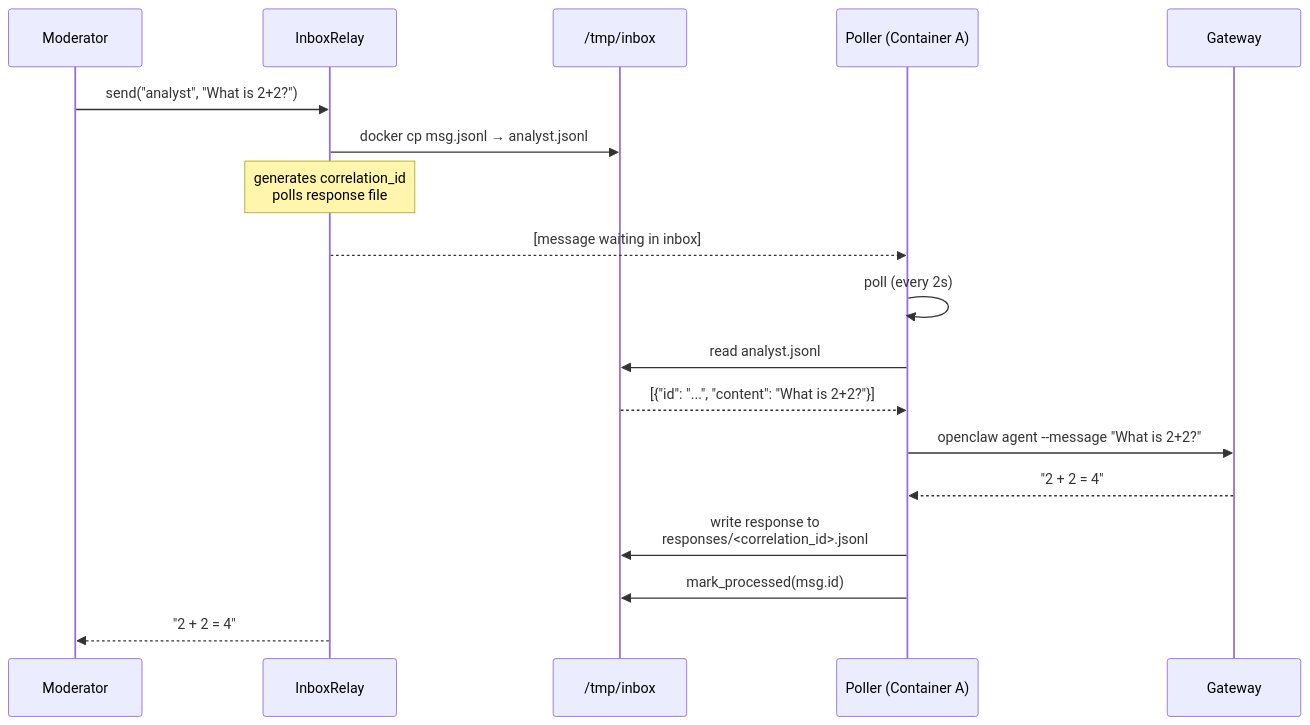
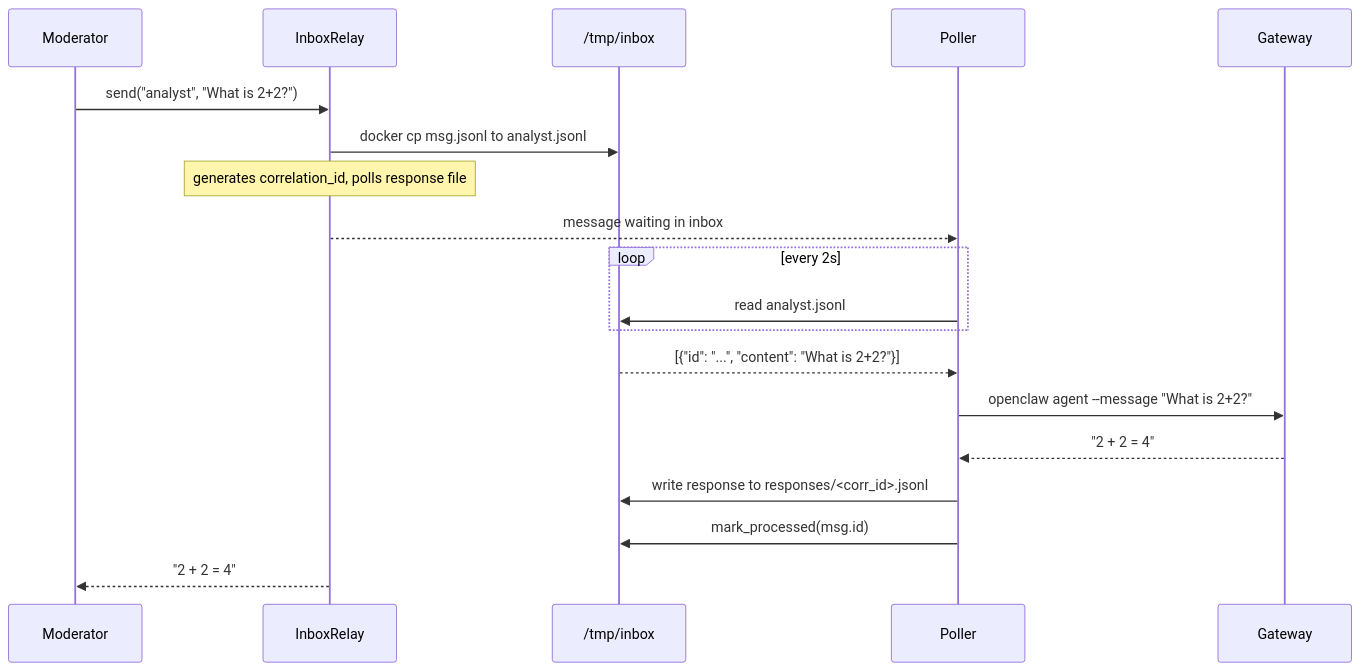
The second of 6 diagrams in specs/005_relay_inbox_diagrams.md (wangsen992/agentia), drawn with Mermaid before and after one commit. The commit also changed other lines of this file, not shown here.

Commit message:
Fix Mermaid diagrams for GitHub compatibility

````diff
--- a/specs/005_relay_inbox_diagrams.md
+++ b/specs/005_relay_inbox_diagrams.md
@@ -47,21 +35,22 @@
 ```mermaid
 sequenceDiagram
     participant M as Moderator
     participant IR as InboxRelay
     participant FS as /tmp/inbox
-    participant P as Poller (Container A)
+    participant P as Poller
     participant G as Gateway
 
     M->>IR: send("analyst", "What is 2+2?")
-    IR->>FS: docker cp msg.jsonl → analyst.jsonl
-    Note over IR: generates correlation_id<br/>polls response file
-    IR-->>P: [message waiting in inbox]
-    P->>P: poll (every 2s)
-    P->>FS: read analyst.jsonl
+    IR->>FS: docker cp msg.jsonl to analyst.jsonl
+    Note over IR: generates correlation_id, polls response file
+    IR-->>P: message waiting in inbox
+    loop every 2s
+        P->>FS: read analyst.jsonl
+    end
     FS-->>P: [{"id": "...", "content": "What is 2+2?"}]
     P->>G: openclaw agent --message "What is 2+2?"
     G-->>P: "2 + 2 = 4"
-    P->>FS: write response to<br/>responses/<correlation_id>.jsonl
+    P->>FS: write response to responses/<corr_id>.jsonl
     P->>FS: mark_processed(msg.id)
     IR-->>M: "2 + 2 = 4"
 ```
````
